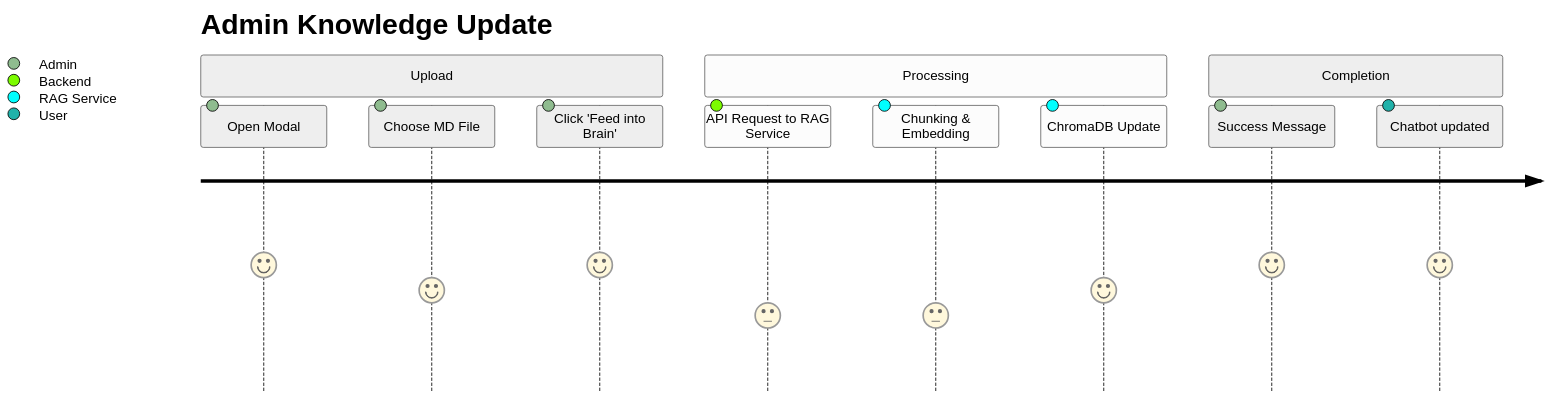
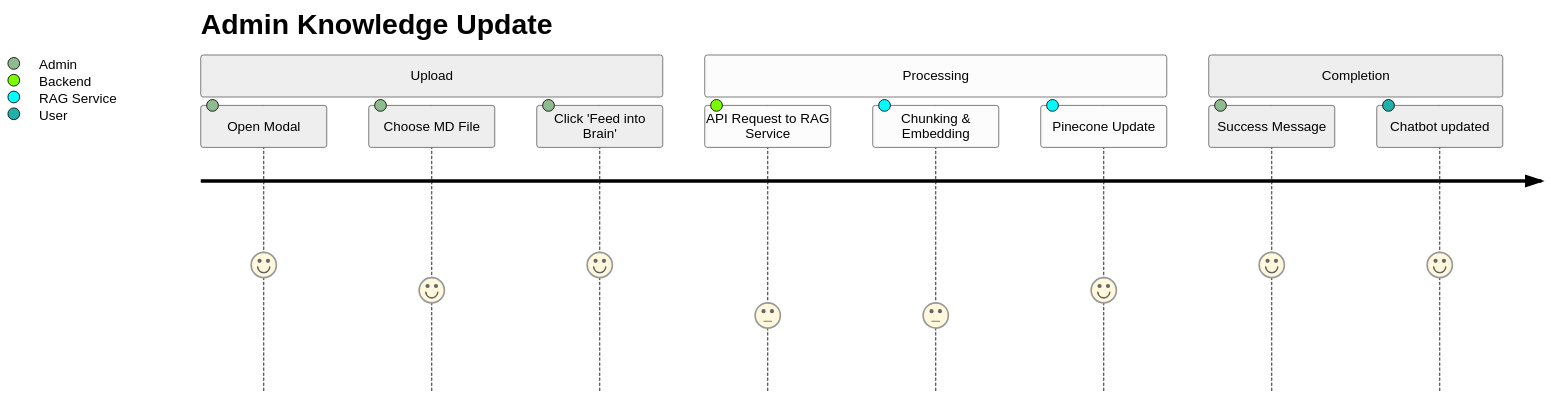
Before and after one commit to Siddh-2006/GWOC: the diagram in Docs/03_Admin_Intelligence.md, drawn with Mermaid (neutral theme). The commit also changed 12 other files, not shown here.

````diff
--- a/Docs/03_Admin_Intelligence.md
+++ b/Docs/03_Admin_Intelligence.md
@@ -15,15 +15,15 @@
 ```mermaid
 journey
     title Admin Knowledge Update
     section Upload
       Open Modal: 5: Admin
       Choose MD File: 4: Admin
       Click 'Feed into Brain': 5: Admin
     section Processing
       API Request to RAG Service: 3: Backend
       Chunking & Embedding: 3: RAG Service
-      ChromaDB Update: 4: RAG Service
+      Pinecone Update: 4: RAG Service
     section Completion
       Success Message: 5: Admin
       Chatbot updated: 5: User
 ```
````
